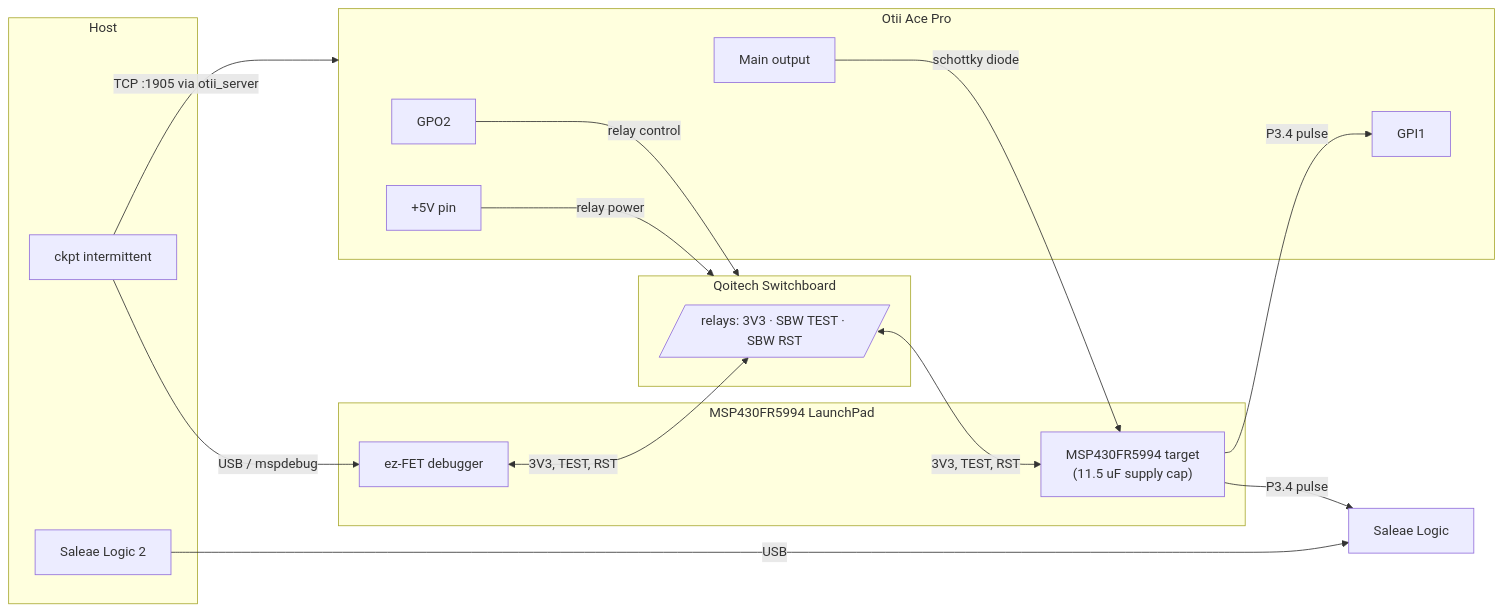
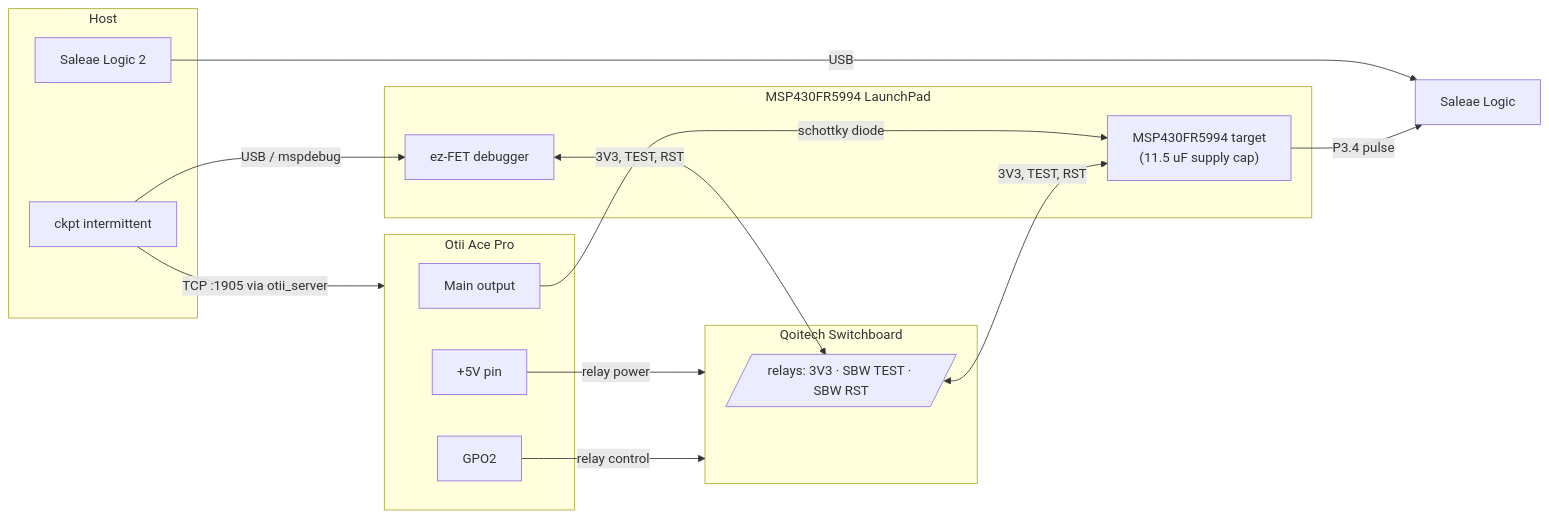
One commit to byeongjee/bao changed the diagram in docs/intermittent.md. Above: the diagram before and after it, drawn with Mermaid. The commit also changed other lines of this file and 5 other files, not shown here.

````diff
--- a/docs/intermittent.md
+++ b/docs/intermittent.md
@@ -28,37 +28,35 @@
 ```mermaid
 flowchart LR
     subgraph HOST[Host]
         ckpt[ckpt intermittent]
         logic2[Saleae Logic 2]
     end
 
     subgraph OTII[Otii Ace Pro]
         main[Main output]
         p5v[+5V pin]
         gpo2[GPO2]
-        gpi1[GPI1]
     end
 
     subgraph SB[Qoitech Switchboard]
         relay[/"relays: 3V3 · SBW TEST · SBW RST"/]
     end
 
     subgraph LP[MSP430FR5994 LaunchPad]
         ezfet[ez-FET debugger]
         mcu["MSP430FR5994 target<br/>(11.5 uF supply cap)"]
     end
 
     saleae[Saleae Logic]
 
     ckpt -->|USB / mspdebug| ezfet
     ckpt -->|TCP :1905 via otii_server| OTII
     logic2 -->|USB| saleae
 
     main -->|schottky diode| mcu
     p5v -->|relay power| SB
     gpo2 -->|relay control| SB
     ezfet <-->|3V3, TEST, RST| relay
     relay <-->|3V3, TEST, RST| mcu
-    mcu -->|P3.4 pulse| gpi1
     mcu -->|P3.4 pulse| saleae
 ```
````
